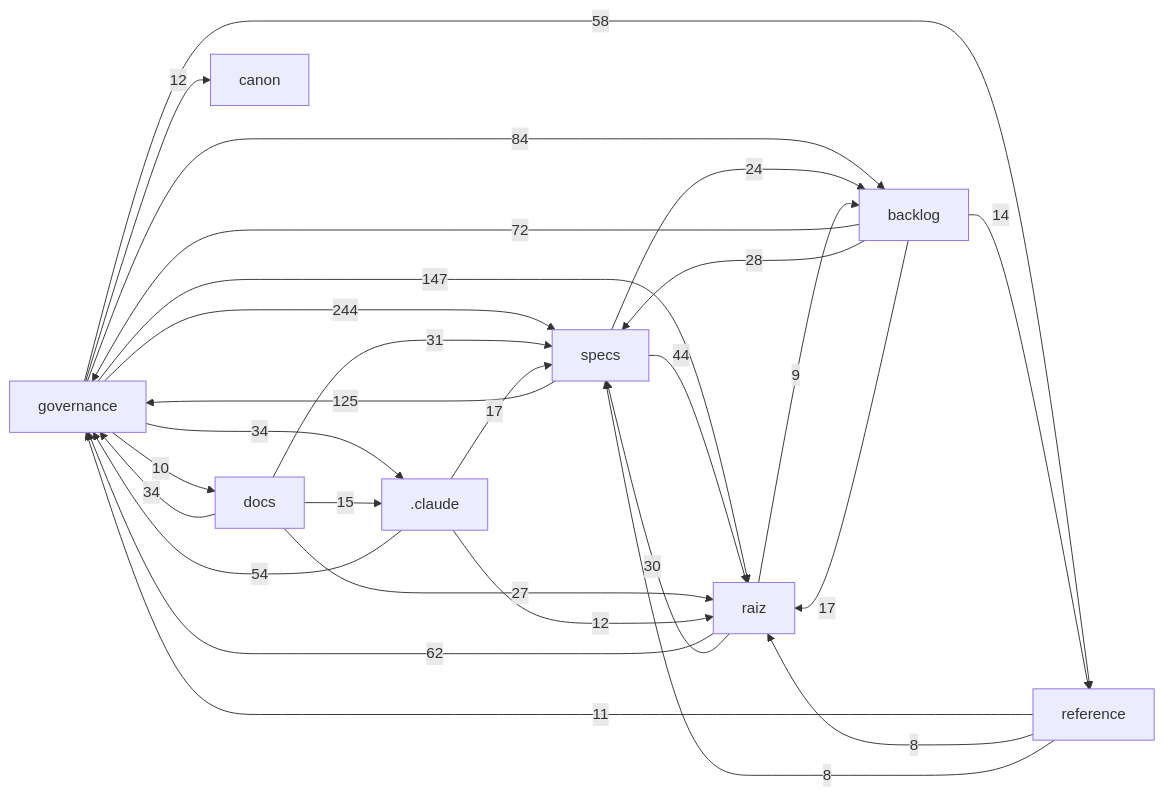
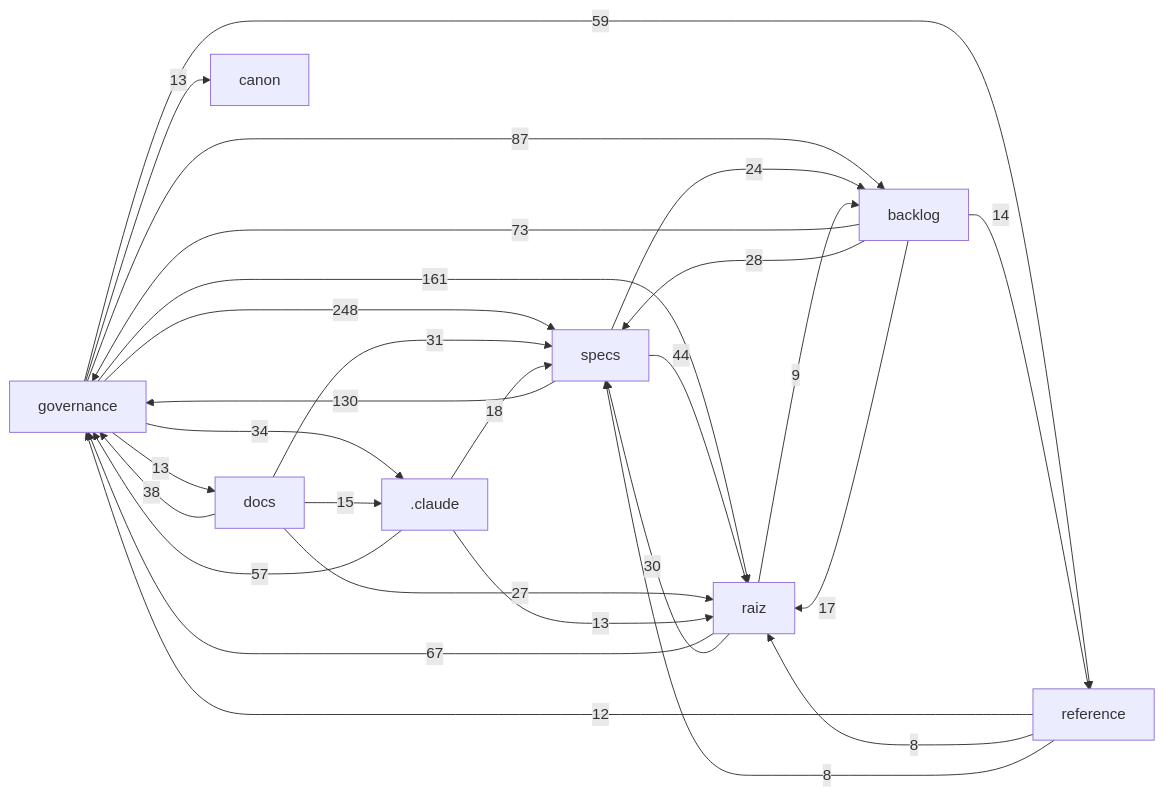
One commit to Andraus35/Sistema-Operacional-de-Trading--SOT changed the diagram in docs/mapa/MAPA-PROJETO.md. Above: the diagram before and after it, drawn with Mermaid. The commit also changed other lines of this file and 16 other files, not shown here.

````diff
--- a/docs/mapa/MAPA-PROJETO.md
+++ b/docs/mapa/MAPA-PROJETO.md
@@ -30,30 +30,30 @@
 ```mermaid
 flowchart LR
-  governance["governance"] -->|244| specs["specs"]
-  governance["governance"] -->|147| raiz["raiz"]
-  specs["specs"] -->|125| governance["governance"]
-  governance["governance"] -->|84| backlog["backlog"]
-  backlog["backlog"] -->|72| governance["governance"]
-  raiz["raiz"] -->|62| governance["governance"]
-  governance["governance"] -->|58| reference["reference"]
-  _claude[".claude"] -->|54| governance["governance"]
+  governance["governance"] -->|248| specs["specs"]
+  governance["governance"] -->|161| raiz["raiz"]
+  specs["specs"] -->|130| governance["governance"]
+  governance["governance"] -->|87| backlog["backlog"]
+  backlog["backlog"] -->|73| governance["governance"]
+  raiz["raiz"] -->|67| governance["governance"]
+  governance["governance"] -->|59| reference["reference"]
+  _claude[".claude"] -->|57| governance["governance"]
   specs["specs"] -->|44| raiz["raiz"]
-  docs["docs"] -->|34| governance["governance"]
+  docs["docs"] -->|38| governance["governance"]
   governance["governance"] -->|34| _claude[".claude"]
   docs["docs"] -->|31| specs["specs"]
   raiz["raiz"] -->|30| specs["specs"]
   backlog["backlog"] -->|28| specs["specs"]
   docs["docs"] -->|27| raiz["raiz"]
   specs["specs"] -->|24| backlog["backlog"]
-  _claude[".claude"] -->|17| specs["specs"]
+  _claude[".claude"] -->|18| specs["specs"]
   backlog["backlog"] -->|17| raiz["raiz"]
   docs["docs"] -->|15| _claude[".claude"]
   backlog["backlog"] -->|14| reference["reference"]
-  _claude[".claude"] -->|12| raiz["raiz"]
-  governance["governance"] -->|12| canon["canon"]
-  reference["reference"] -->|11| governance["governance"]
-  governance["governance"] -->|10| docs["docs"]
+  _claude[".claude"] -->|13| raiz["raiz"]
+  governance["governance"] -->|13| docs["docs"]
+  governance["governance"] -->|13| canon["canon"]
+  reference["reference"] -->|12| governance["governance"]
   raiz["raiz"] -->|9| backlog["backlog"]
   reference["reference"] -->|8| raiz["raiz"]
   reference["reference"] -->|8| specs["specs"]
 ```
````
